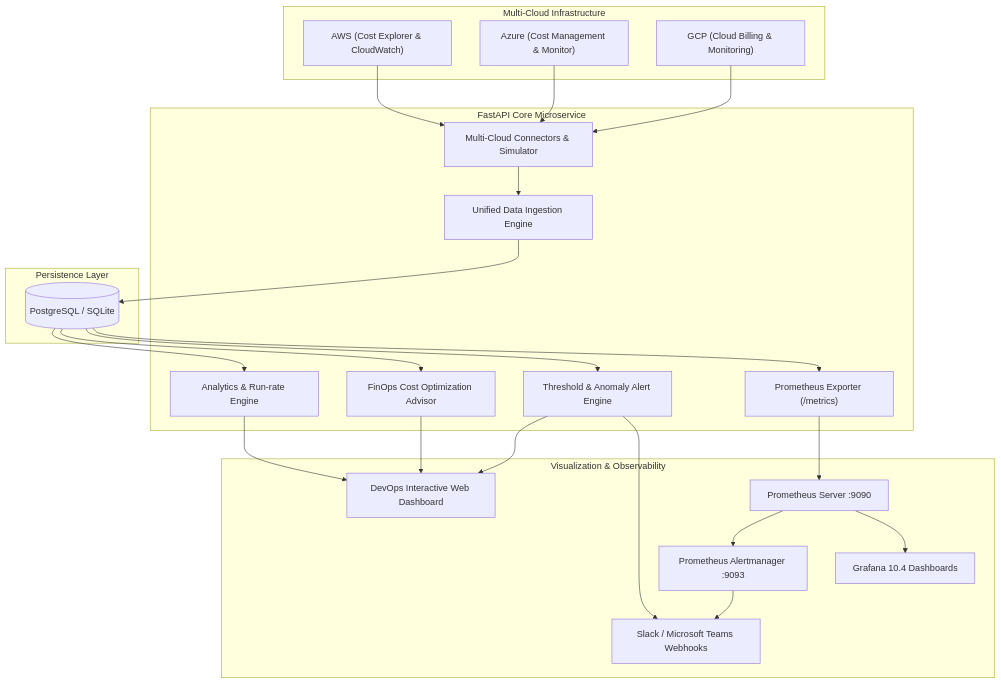
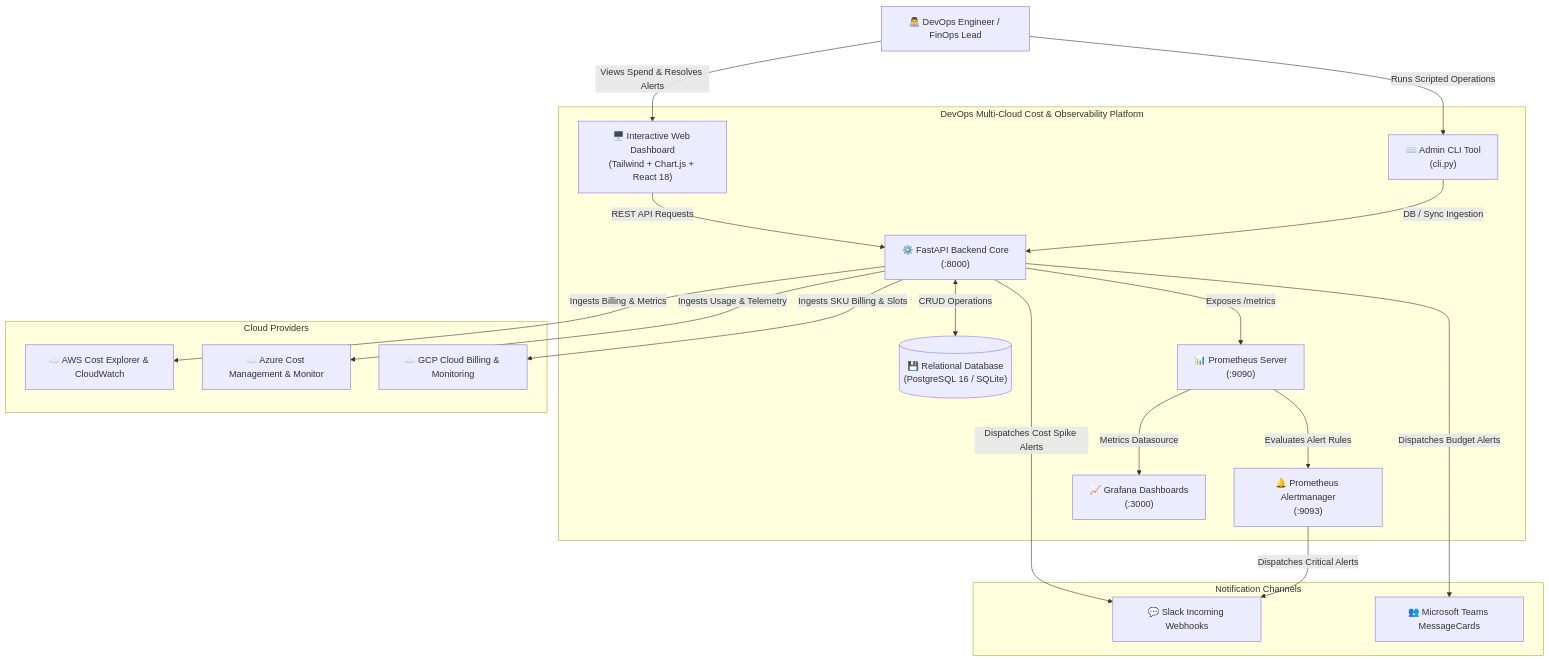
One commit to kautikbhardwaj/Kautik_batch16_CapstoneProject changed the first of 2 diagrams in README.md. Above: the diagram before and after it, drawn with Mermaid. The commit also changed other lines of this file and 13 other files, not shown here.

Commit message:
feat: enhance platform with statistical anomaly engine, admin CLI, C4 diagrams, FinOps simulator, and production runbook

````diff
--- a/README.md
+++ b/README.md
@@ -41,50 +31,43 @@
 ```mermaid
-flowchart TD
-    subgraph CloudProviders ["Multi-Cloud Infrastructure"]
-        AWS["AWS (Cost Explorer & CloudWatch)"]
-        Azure["Azure (Cost Management & Monitor)"]
-        GCP["GCP (Cloud Billing & Monitoring)"]
+flowchart TB
+    User["👨‍💻 DevOps Engineer / FinOps Lead"]
+    
+    subgraph MultiCloudSystem ["DevOps Multi-Cloud Cost & Observability Platform"]
+        WebUI["🖥️ Interactive Web Dashboard<br/>(Tailwind + Chart.js + React 18)"]
+        CLI["⌨️ Admin CLI Tool<br/>(cli.py)"]
+        BackendApp["⚙️ FastAPI Backend Core<br/>(:8000)"]
+        Database[("💾 Relational Database<br/>(PostgreSQL 16 / SQLite)")]
+        PrometheusServer["📊 Prometheus Server<br/>(:9090)"]
+        AlertManager["🔔 Prometheus Alertmanager<br/>(:9093)"]
+        GrafanaUI["📈 Grafana Dashboards<br/>(:3000)"]
     end
 
-    subgraph Backend ["FastAPI Core Microservice"]
-        Connectors["Multi-Cloud Connectors & Simulator"]
-        Aggregator["Unified Data Ingestion Engine"]
-        Analytics["Analytics & Run-rate Engine"]
-        Optimizer["FinOps Cost Optimization Advisor"]
-        AlertEngine["Threshold & Anomaly Alert Engine"]
-        PrometheusExp["Prometheus Exporter (/metrics)"]
+    subgraph ExternalClouds ["Cloud Providers"]
+        AWSCloud["☁️ AWS Cost Explorer & CloudWatch"]
+        AzureCloud["☁️ Azure Cost Management & Monitor"]
+        GCPCloud["☁️ GCP Cloud Billing & Monitoring"]
     end
 
-    subgraph Database ["Persistence Layer"]
-        DB[(PostgreSQL / SQLite)]
+    subgraph NotificationChannels ["Notification Channels"]
+        Slack["💬 Slack Incoming Webhooks"]
+        Teams["👥 Microsoft Teams MessageCards"]
     end
 
-    subgraph FrontendMonitoring ["Visualization & Observability"]
-        SPA["DevOps Interactive Web Dashboard"]
-        Grafana["Grafana 10.4 Dashboards"]
-        Prometheus["Prometheus Server :9090"]
-        Alertmanager["Prometheus Alertmanager :9093"]
-        Slack["Slack / Microsoft Teams Webhooks"]
-    end
+    User -->|Views Spend & Resolves Alerts| WebUI
+    User -->|Runs Scripted Operations| CLI
+    WebUI -->|REST API Requests| BackendApp
+    CLI -->|DB / Sync Ingestion| BackendApp
 
-    AWS --> Connectors
-    Azure --> Connectors
-    GCP --> Connectors
+    BackendApp -->|Ingests Billing & Metrics| AWSCloud
+    BackendApp -->|Ingests Usage & Telemetry| AzureCloud
+    BackendApp -->|Ingests SKU Billing & Slots| GCPCloud
 
-    Connectors --> Aggregator
-    Aggregator --> DB
-    DB --> Analytics
-    DB --> Optimizer
-    DB --> AlertEngine
+    BackendApp <-->|CRUD Operations| Database
+    BackendApp -->|Exposes /metrics| PrometheusServer
+    PrometheusServer -->|Evaluates Alert Rules| AlertManager
+    PrometheusServer -->|Metrics Datasource| GrafanaUI
 
-    Analytics --> SPA
-    Optimizer --> SPA
-    AlertEngine --> SPA
-    AlertEngine --> Slack
-
-    DB --> PrometheusExp
-    PrometheusExp --> Prometheus
-    Prometheus --> Alertmanager
-    Prometheus --> Grafana
-    Alertmanager --> Slack
+    BackendApp -->|Dispatches Cost Spike Alerts| Slack
+    BackendApp -->|Dispatches Budget Alerts| Teams
+    AlertManager -->|Dispatches Critical Alerts| Slack
 ```
````
